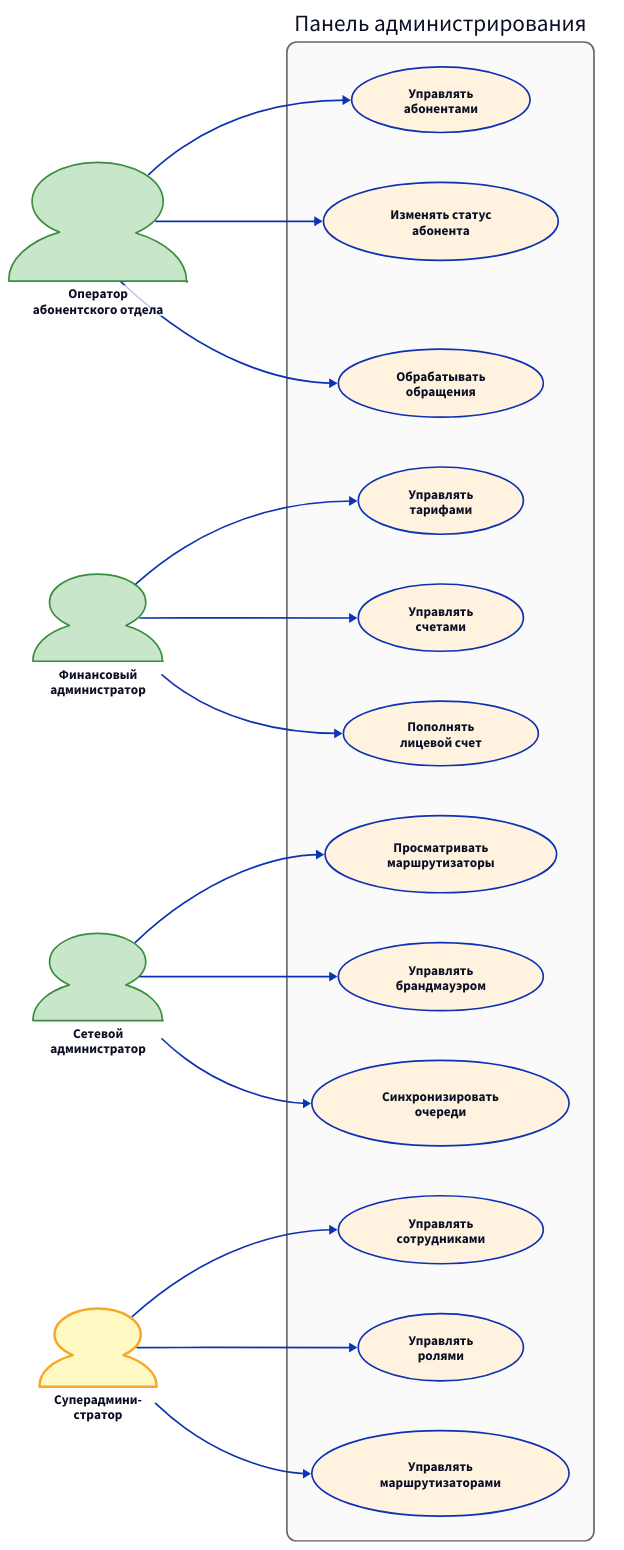
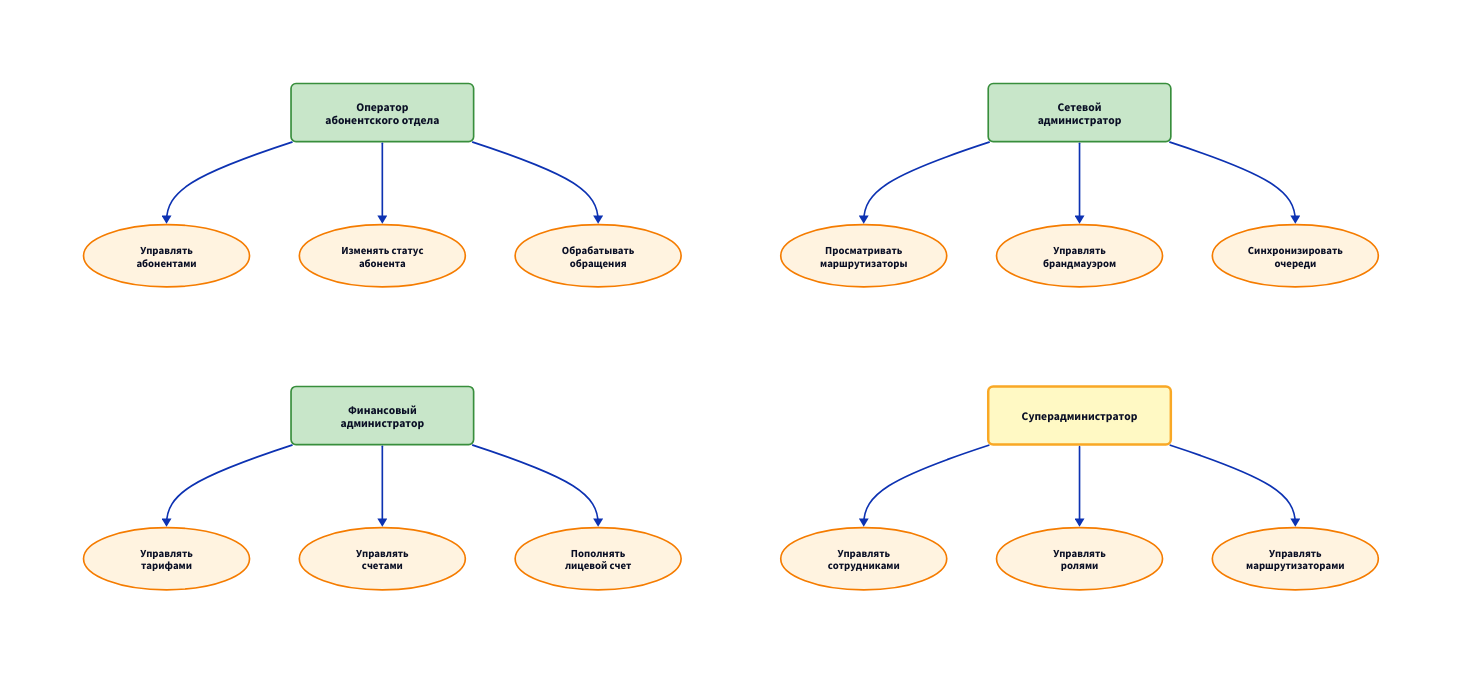
Before and after one commit to novox187/informe_tesis: the diagram in images/diagrama_2_3.d2, drawn with D2. The commit also changed 6 other files, not shown here.

First line of the commit message:
documentación: actualizar diagramas, añadir macros auxiliares de LaTeX, depurar tablas

```diff
--- a/images/diagrama_2_3.d2
+++ b/images/diagrama_2_3.d2
@@ -1,104 +1,107 @@
 # Рисунок 2.3 — Укрупненная диаграмма прецедентов сотрудников
-direction: right
+# Layout 2x2: четыре квадранта, каждый с актором и его прецедентами
 
-operator: "Оператор\nабонентского отдела" {
-  shape: person
-  style.fill: "#c8e6c9"
-  style.stroke: "#388e3c"
-  style.stroke-width: 2
-}
-
-finance: "Финансовый\nадминистратор" {
-  shape: person
-  style.fill: "#c8e6c9"
-  style.stroke: "#388e3c"
-  style.stroke-width: 2
-}
-
-network: "Сетевой\nадминистратор" {
-  shape: person
-  style.fill: "#c8e6c9"
-  style.stroke: "#388e3c"
-  style.stroke-width: 2
-}
-
-superadmin: "Суперадмини-\nстратор" {
-  shape: person
-  style.fill: "#fff9c4"
-  style.stroke: "#f9a825"
-  style.stroke-width: 3
-}
-
-system: "Панель администрирования" {
-  style: {
-    fill: "#fafafa"
-    stroke: "#666"
-    stroke-width: 2
-    border-radius: 12
+classes: {
+  actor: {
+    shape: rectangle
+    width: 220
+    height: 70
+    style: {
+      fill: "#c8e6c9"
+      stroke: "#388e3c"
+      stroke-width: 2
+      border-radius: 6
+      font-size: 14
+      bold: true
+    }
   }
-
-  cli: "Управлять\nабонентами" {
+  superactor: {
+    shape: rectangle
+    width: 220
+    height: 70
+    style: {
+      fill: "#fff9c4"
+      stroke: "#f9a825"
+      stroke-width: 3
+      border-radius: 6
+      font-size: 14
+      bold: true
+    }
+  }
+  uc: {
     shape: oval
+    width: 200
+    height: 75
     style.fill: "#fff3e0"
-  }
-  sus: "Изменять статус\nабонента" {
-    shape: oval
-    style.fill: "#fff3e0"
-  }
-  sup: "Обрабатывать\nобращения" {
-    shape: oval
-    style.fill: "#fff3e0"
-  }
-  pl: "Управлять\nтарифами" {
-    shape: oval
-    style.fill: "#fff3e0"
-  }
-  inv: "Управлять\nсчетами" {
-    shape: oval
-    style.fill: "#fff3e0"
-  }
-  wal: "Пополнять\nлицевой счет" {
-    shape: oval
-    style.fill: "#fff3e0"
-  }
-  rt: "Просматривать\nмаршрутизаторы" {
-    shape: oval
-    style.fill: "#fff3e0"
-  }
-  fw: "Управлять\nбрандмауэром" {
-    shape: oval
-    style.fill: "#fff3e0"
-  }
-  sy: "Синхронизировать\nочереди" {
-    shape: oval
-    style.fill: "#fff3e0"
-  }
-  us: "Управлять\nсотрудниками" {
-    shape: oval
-    style.fill: "#fff3e0"
-  }
-  ro: "Управлять\nролями" {
-    shape: oval
-    style.fill: "#fff3e0"
-  }
-  rt2: "Управлять\nмаршрутизаторами" {
-    shape: oval
-    style.fill: "#fff3e0"
+    style.stroke: "#f57c00"
+    style.font-size: 13
   }
 }
 
-operator -> system.cli
-operator -> system.sus
-operator -> system.sup
+# Основной контейнер с сеткой 2 столбца x 2 строки
+main: "" {
+  grid-columns: 2
+  grid-gap: 60
+  style.fill: transparent
+  style.stroke: transparent
 
-finance -> system.pl
-finance -> system.inv
-finance -> system.wal
+  # Квадрант 1: Оператор
+  operator_zone: "" {
+    style.fill: transparent
+    style.stroke: transparent
 
-network -> system.rt
-network -> system.fw
-network -> system.sy
+    operator: "Оператор\nабонентского отдела" {class: actor}
+    cli: "Управлять\nабонентами" {class: uc}
+    sus: "Изменять статус\nабонента" {class: uc}
+    sup: "Обрабатывать\nобращения" {class: uc}
 
-superadmin -> system.us
-superadmin -> system.ro
-superadmin -> system.rt2
+    operator -> cli
+    operator -> sus
+    operator -> sup
+  }
+
+  # Квадрант 2: Финансовый
+  finance_zone: "" {
+    style.fill: transparent
+    style.stroke: transparent
+
+    finance: "Финансовый\nадминистратор" {class: actor}
+    pl: "Управлять\nтарифами" {class: uc}
+    inv: "Управлять\nсчетами" {class: uc}
+    wal: "Пополнять\nлицевой счет" {class: uc}
+
+    finance -> pl
+    finance -> inv
+    finance -> wal
+  }
+
+  # Квадрант 3: Сетевой
+  network_zone: "" {
+    style.fill: transparent
+    style.stroke: transparent
+
+    network: "Сетевой\nадминистратор" {class: actor}
+    rt: "Просматривать\nмаршрутизаторы" {class: uc}
+    fw: "Управлять\nбрандмауэром" {class: uc}
+    sy: "Синхронизировать\nочереди" {class: uc}
+
+    network -> rt
+    network -> fw
+    network -> sy
+  }
+
+  # Квадрант 4: Суперадминистратор
+  super_zone: "" {
+    style.fill: transparent
+    style.stroke: transparent
+
+    superadmin: "Суперадминистратор" {class: superactor}
+    us: "Управлять\nсотрудниками" {class: uc}
+    ro: "Управлять\nролями" {class: uc}
+    rt2: "Управлять\nмаршрутизаторами" {class: uc}
+
+    superadmin -> us
+    superadmin -> ro
+    superadmin -> rt2
+  }
+}
```
